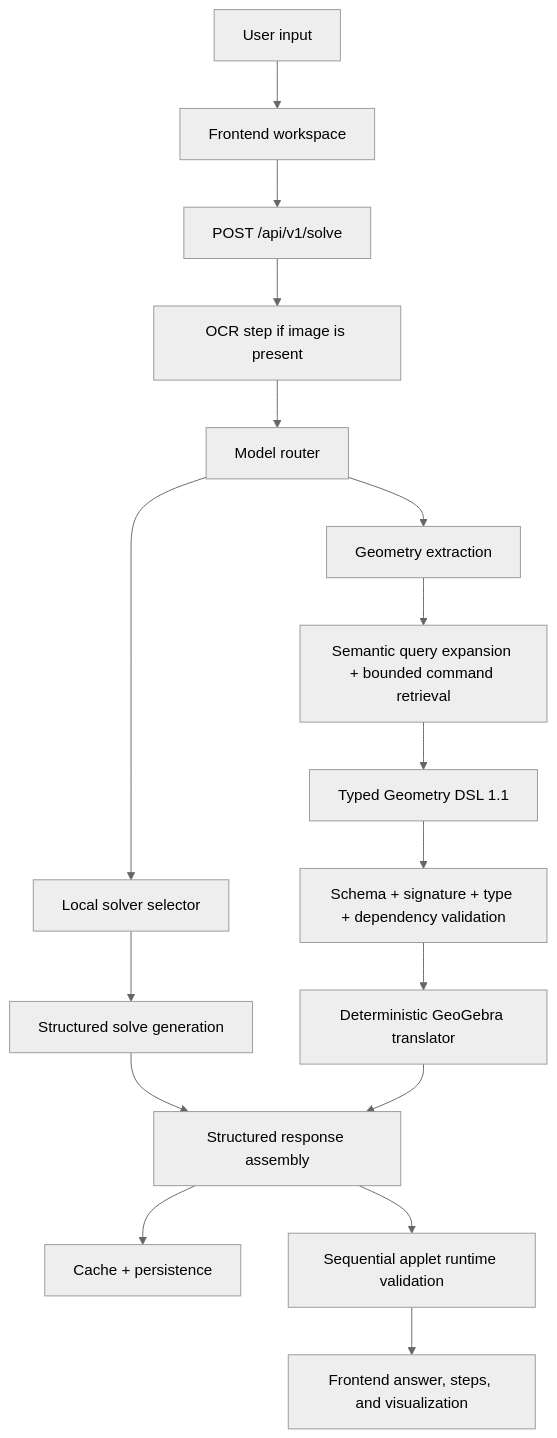
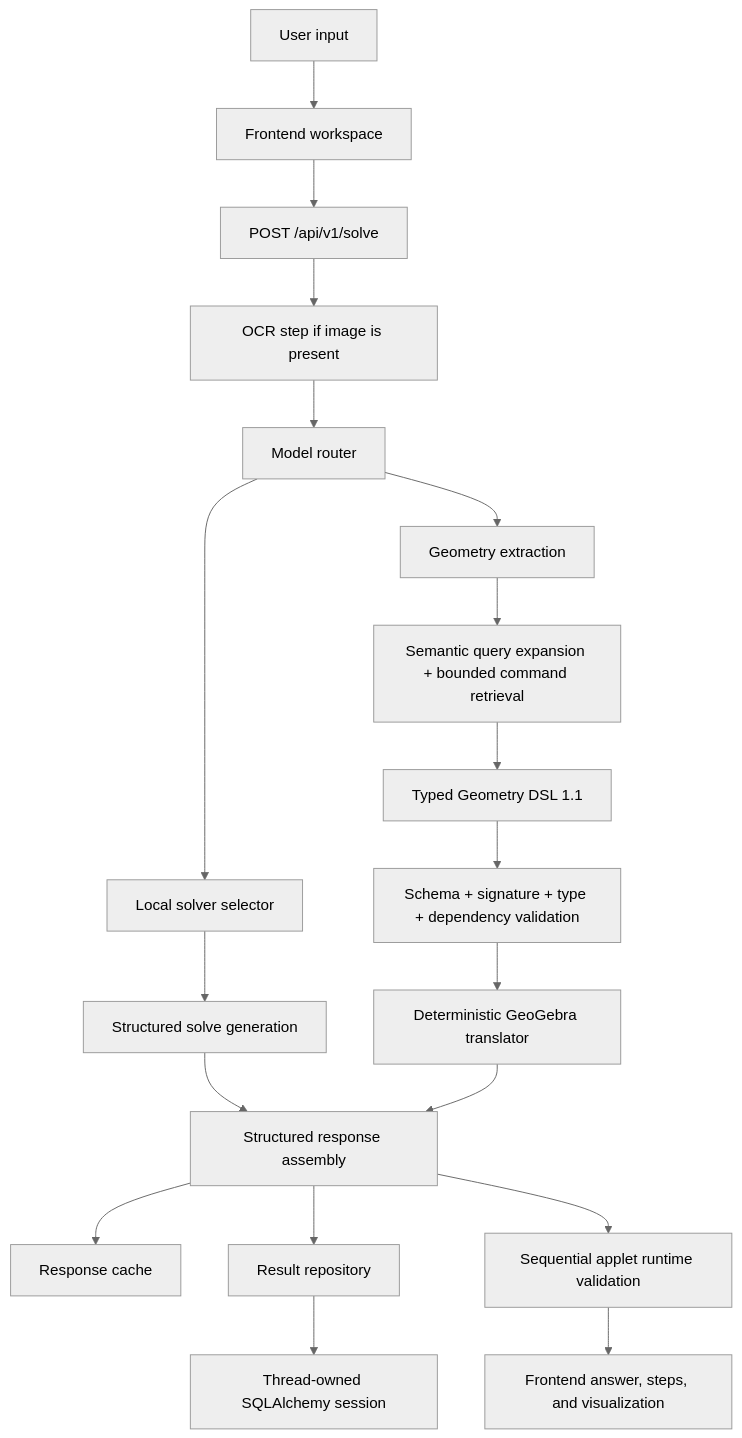
The diagram in docs/ARCHITECTURE.md (adamtcprods/intomath), drawn with Mermaid (neutral theme) before and after one commit. The commit also changed other lines of this file and 54 other files, not shown here.

````diff
--- a/docs/ARCHITECTURE.md
+++ b/docs/ARCHITECTURE.md
@@ -17,19 +17,21 @@
 ```mermaid
 flowchart TD
     A[User input] --> B[Frontend workspace]
     B --> C[POST /api/v1/solve]
     C --> D[OCR step if image is present]
     D --> E[Model router]
     E --> L[Local solver selector]
     L --> F[Structured solve generation]
     E --> G[Geometry extraction]
     G --> H[Semantic query expansion + bounded command retrieval]
     H --> I[Typed Geometry DSL 1.1]
     I --> V[Schema + signature + type + dependency validation]
     V --> T[Deterministic GeoGebra translator]
     F --> J[Structured response assembly]
     T --> J
-    J --> K[Cache + persistence]
+    J --> K[Response cache]
+    J --> P[Result repository]
+    P --> Q[Thread-owned SQLAlchemy session]
     J --> R[Sequential applet runtime validation]
     R --> U[Frontend answer, steps, and visualization]
 ```
````
